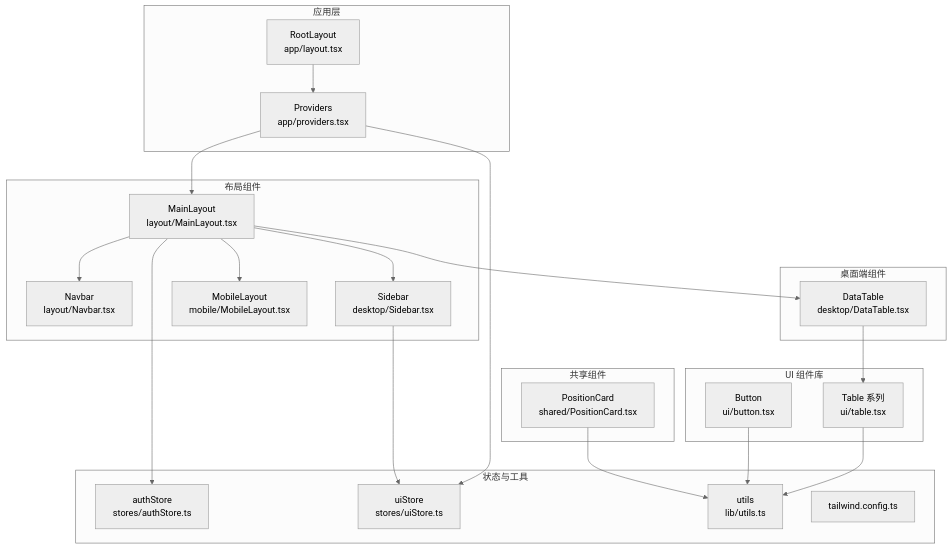
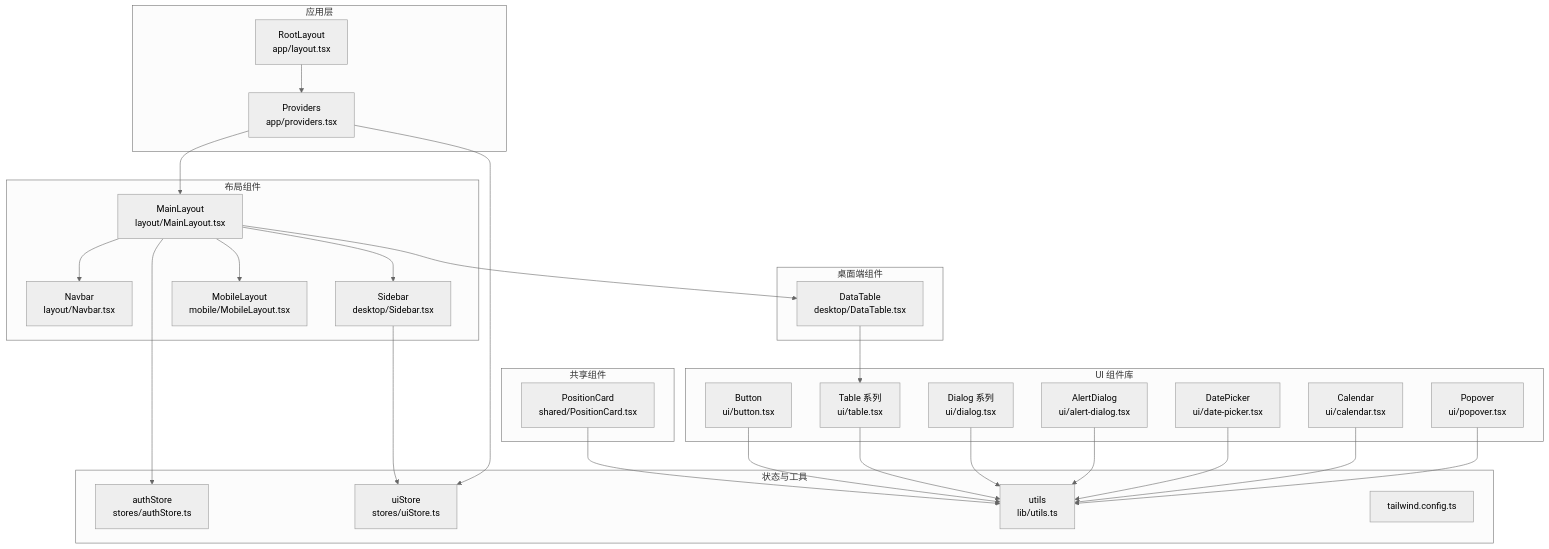
Before and after one commit to gujialind/InvestRing: the first of 8 diagrams in .qoder/repowiki/zh/content/前端应用架构/组件系统架构/组件系统架构.md, drawn with Mermaid (neutral theme). The commit also changed other lines of this file and 97 other files, not shown here.

````diff
--- a/.qoder/repowiki/zh/content/前端应用架构/组件系统架构/组件系统架构.md
+++ b/.qoder/repowiki/zh/content/前端应用架构/组件系统架构/组件系统架构.md
@@ -58,42 +71,52 @@
 ```mermaid
 graph TB
 subgraph "应用层"
 RootLayout["RootLayout<br/>app/layout.tsx"]
 Providers["Providers<br/>app/providers.tsx"]
 end
 subgraph "布局组件"
 MainLayout["MainLayout<br/>layout/MainLayout.tsx"]
 Navbar["Navbar<br/>layout/Navbar.tsx"]
 Sidebar["Sidebar<br/>desktop/Sidebar.tsx"]
 MobileLayout["MobileLayout<br/>mobile/MobileLayout.tsx"]
 end
 subgraph "桌面端组件"
 DataTable["DataTable<br/>desktop/DataTable.tsx"]
 end
 subgraph "共享组件"
 PositionCard["PositionCard<br/>shared/PositionCard.tsx"]
 end
 subgraph "UI 组件库"
 Btn["Button<br/>ui/button.tsx"]
 Table["Table 系列<br/>ui/table.tsx"]
+Dialog["Dialog 系列<br/>ui/dialog.tsx"]
+AlertDialog["AlertDialog<br/>ui/alert-dialog.tsx"]
+DatePicker["DatePicker<br/>ui/date-picker.tsx"]
+Calendar["Calendar<br/>ui/calendar.tsx"]
+Popover["Popover<br/>ui/popover.tsx"]
 end
 subgraph "状态与工具"
 AuthStore["authStore<br/>stores/authStore.ts"]
 UIStore["uiStore<br/>stores/uiStore.ts"]
 Utils["utils<br/>lib/utils.ts"]
 TWConfig["tailwind.config.ts"]
 end
 RootLayout --> Providers
 Providers --> MainLayout
 MainLayout --> Navbar
 MainLayout --> Sidebar
 MainLayout --> MobileLayout
 MainLayout --> DataTable
 DataTable --> Table
 PositionCard --> Utils
 Sidebar --> UIStore
 MainLayout --> AuthStore
 Btn --> Utils
 Table --> Utils
+Dialog --> Utils
+AlertDialog --> Utils
+DatePicker --> Utils
+Calendar --> Utils
+Popover --> Utils
 Providers --> UIStore
 ```
````
